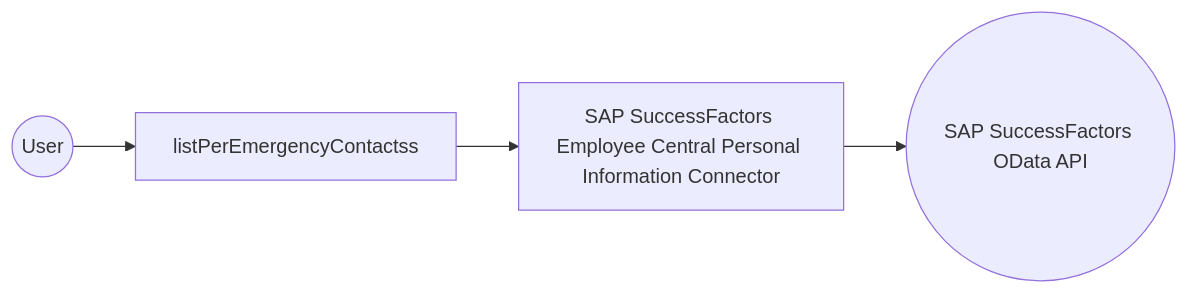
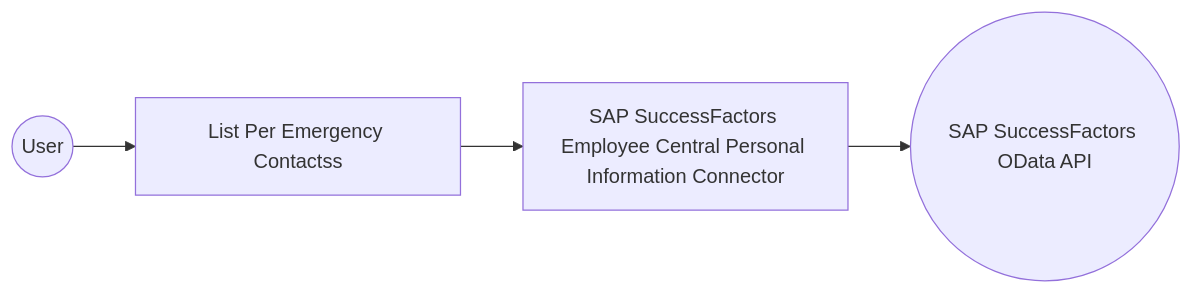
One commit to wso2/docs-integrator changed the diagram in en/docs/connectors/catalog/hrms/sap.successfactors.ecpersonalinformation/example.md. Above: the diagram before and after it, drawn with Mermaid. The commit also changed other lines of this file and 6 other files, not shown here.

````diff
--- a/en/docs/connectors/catalog/hrms/sap.successfactors.ecpersonalinformation/example.md
+++ b/en/docs/connectors/catalog/hrms/sap.successfactors.ecpersonalinformation/example.md
@@ -12,6 +12,6 @@
 ```mermaid
 flowchart LR
-    A((User)) --> B[listPerEmergencyContactss]
+    A((User)) --> B[List Per Emergency Contactss]
     B --> C[SAP SuccessFactors Employee Central Personal Information Connector]
     C --> D((SAP SuccessFactors OData API))
 ```
````
